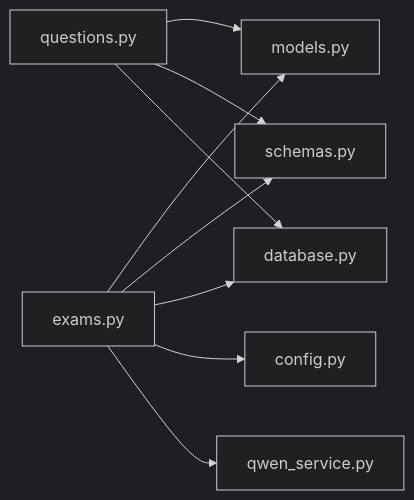
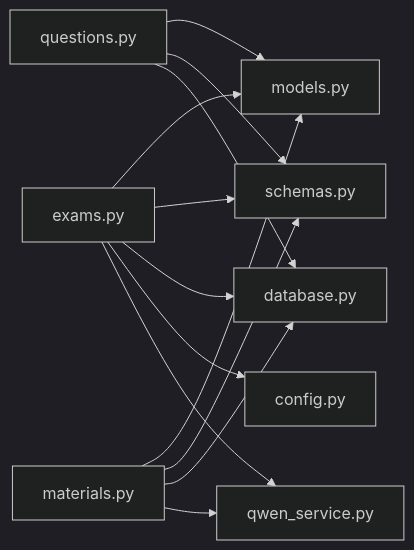
Before and after one commit to zhiwenli-jack/personal-learning-manager: diagram 11 of 11 in .qoder/repowiki/zh/content/后端API文档/测验系统API.md, drawn with Mermaid (dark theme). The commit also changed other lines of this file and 6 other files, not shown here.

````diff
--- a/.qoder/repowiki/zh/content/后端API文档/测验系统API.md
+++ b/.qoder/repowiki/zh/content/后端API文档/测验系统API.md
@@ -372,11 +490,15 @@
 ```mermaid
 graph LR
 EX["exams.py"] --> MD["models.py"]
 EX --> SC["schemas.py"]
 EX --> DB["database.py"]
 EX --> CFG["config.py"]
 EX --> QW["qwen_service.py"]
 QN["questions.py"] --> MD
 QN --> SC
 QN --> DB
+MT["materials.py"] --> MD
+MT --> SC
+MT --> DB
+MT --> QW
 ```
````
